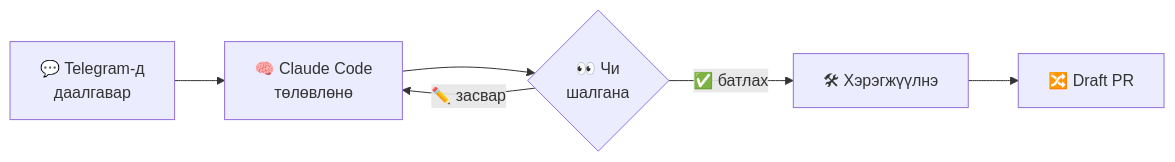
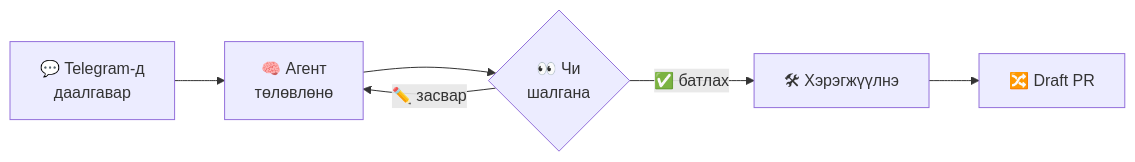
One commit to astvision/dispatch changed the first of 2 diagrams in README.md. Above: the diagram before and after it, drawn with Mermaid. The commit also changed other lines of this file and 32 other files, not shown here.

First line of the commit message:
Let each project run on Claude Code, Codex or Gemini CLI (M5)

````diff
--- a/README.md
+++ b/README.md
@@ -20,8 +22,8 @@
 ```mermaid
 flowchart LR
-    A["💬 Telegram-д<br/>даалгавар"] --> B["🧠 Claude Code<br/>төлөвлөнө"]
+    A["💬 Telegram-д<br/>даалгавар"] --> B["🧠 Агент<br/>төлөвлөнө"]
     B --> C{"👀 Чи<br/>шалгана"}
     C -- "✏️ засвар" --> B
     C -- "✅ батлах" --> D["🛠 Хэрэгжүүлнэ"]
     D --> E["🔀 Draft PR"]
 ```
````
